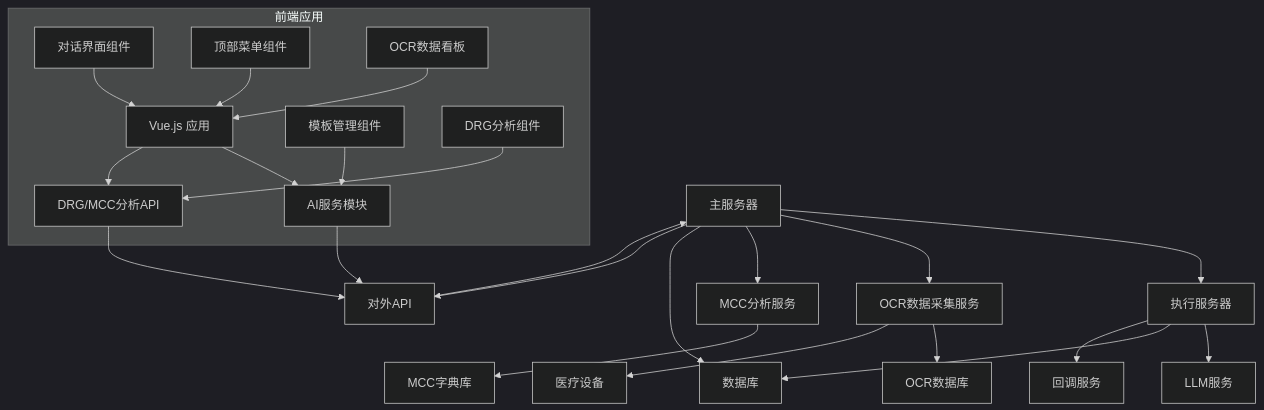
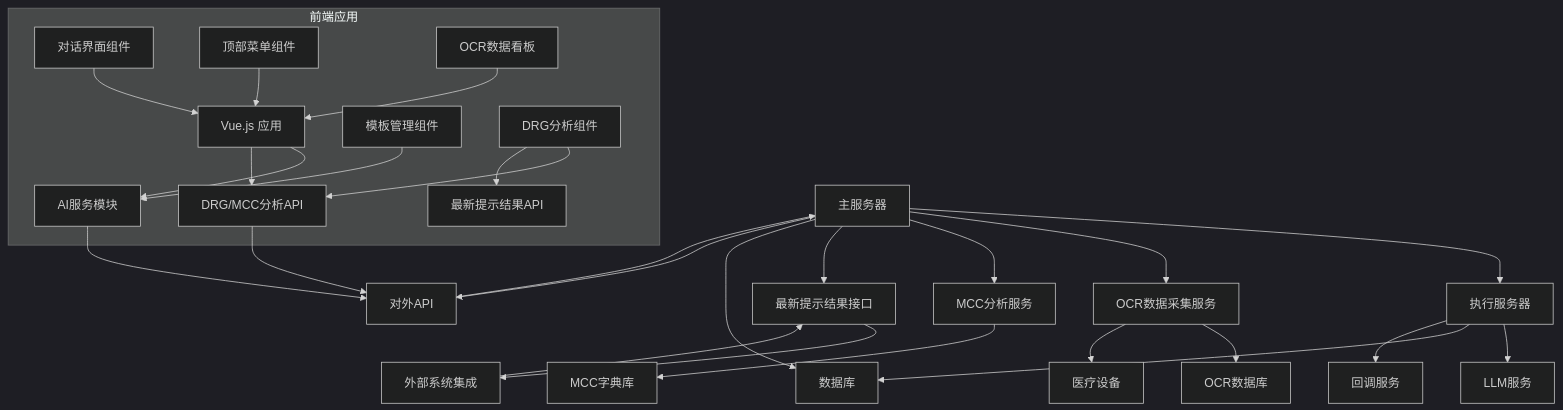
The second of 15 diagrams in .qoder/repowiki/zh/content/核心功能模块/AI诊断辅助系统.md (liuzh2008/med_ai_assistant_workspace), drawn with Mermaid (dark theme) before and after one commit. The commit also changed other lines of this file and 5 other files, not shown here.

````diff
--- a/.qoder/repowiki/zh/content/核心功能模块/AI诊断辅助系统.md
+++ b/.qoder/repowiki/zh/content/核心功能模块/AI诊断辅助系统.md
@@ -170,34 +182,39 @@
 ```mermaid
 graph TB
 A["主服务器"] --> B["执行服务器"]
 A --> C["OCR数据采集服务"]
 A --> D["MCC分析服务"]
-B --> E["LLM服务"]
-A --> F["数据库"]
-B --> F
-C --> G["OCR数据库"]
-C --> H["医疗设备"]
-D --> I["MCC字典库"]
-B --> J["回调服务"]
-A --> K["对外API"]
-K --> A
+A --> E["最新提示结果接口"]
+B --> F["LLM服务"]
+A --> G["数据库"]
+B --> G
+C --> H["OCR数据库"]
+C --> I["医疗设备"]
+D --> J["MCC字典库"]
+E --> K["外部系统集成"]
+B --> L["回调服务"]
+A --> M["对外API"]
+M --> A
 subgraph "前端应用"
-L["Vue.js 应用"]
-M["AI服务模块"]
-N["DRG/MCC分析API"]
-O["对话界面组件"]
-P["模板管理组件"]
-Q["顶部菜单组件"]
-R["OCR数据看板"]
-S["DRG分析组件"]
+N["Vue.js 应用"]
+O["AI服务模块"]
+P["DRG/MCC分析API"]
+Q["对话界面组件"]
+R["模板管理组件"]
+S["顶部菜单组件"]
+T["OCR数据看板"]
+U["DRG分析组件"]
+V["最新提示结果API"]
 end
-L --> M
-L --> N
-N --> K
-M --> K
-O --> L
+N --> O
+N --> P
 P --> M
-Q --> L
-R --> L
+O --> M
+Q --> N
+R --> O
 S --> N
+T --> N
+U --> P
+U --> V
+K --> E
 ```
````
